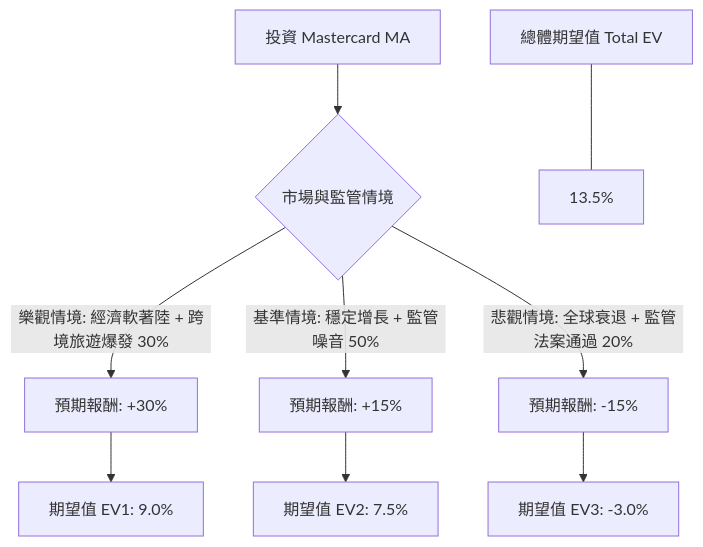
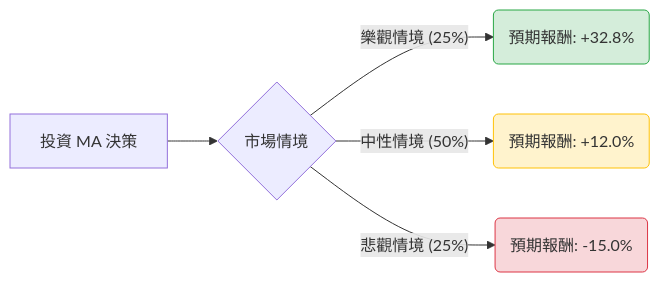
One commit to zmcx16/zmcx16.github.io changed the diagram in plugin-react/ai-analysis/ev-analysis/MA.md. Above: the diagram before and after it, drawn with Mermaid. The commit also changed other lines of this file and 73 other files, not shown here.

````diff
--- a/plugin-react/ai-analysis/ev-analysis/MA.md
+++ b/plugin-react/ai-analysis/ev-analysis/MA.md
@@ -20,14 +20,12 @@
 ```mermaid
-graph TD
-    A[投資 Mastercard MA] --> B{市場與監管情境}
+graph LR
+    A[投資 MA 決策] --> B{市場情境}
     
-    B -- 樂觀情境: 經濟軟著陸 + 跨境旅遊爆發 30% --> C[預期報酬: +30%]
-    B -- 基準情境: 穩定增長 + 監管噪音 50% --> D[預期報酬: +15%]
-    B -- 悲觀情境: 全球衰退 + 監管法案通過 20% --> E[預期報酬: -15%]
+    B -- 樂觀情境 (25%) --> C(預期報酬: +32.8%)
+    B -- 中性情境 (50%) --> D(預期報酬: +12.0%)
+    B -- 悲觀情境 (25%) --> E(預期報酬: -15.0%)
 
-    C --> F[期望值 EV1: 9.0%]
-    D --> G[期望值 EV2: 7.5%]
-    E --> H[期望值 EV3: -3.0%]
-    
-    I[總體期望值 Total EV] --- J[13.5%]
+    style C fill:#d4edda,stroke:#28a745
+    style D fill:#fff3cd,stroke:#ffc107
+    style E fill:#f8d7da,stroke:#dc3545
 ```
````
